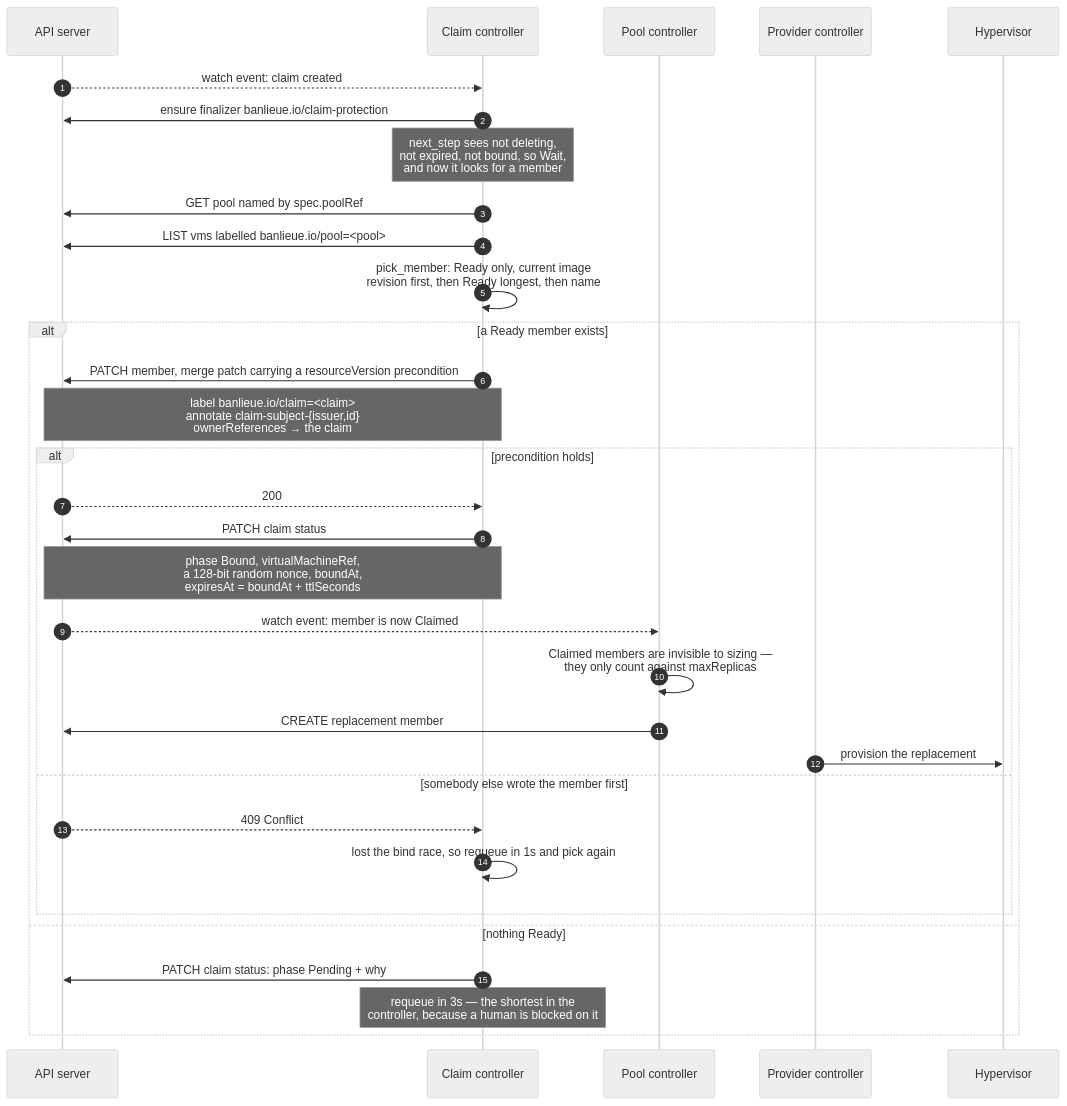
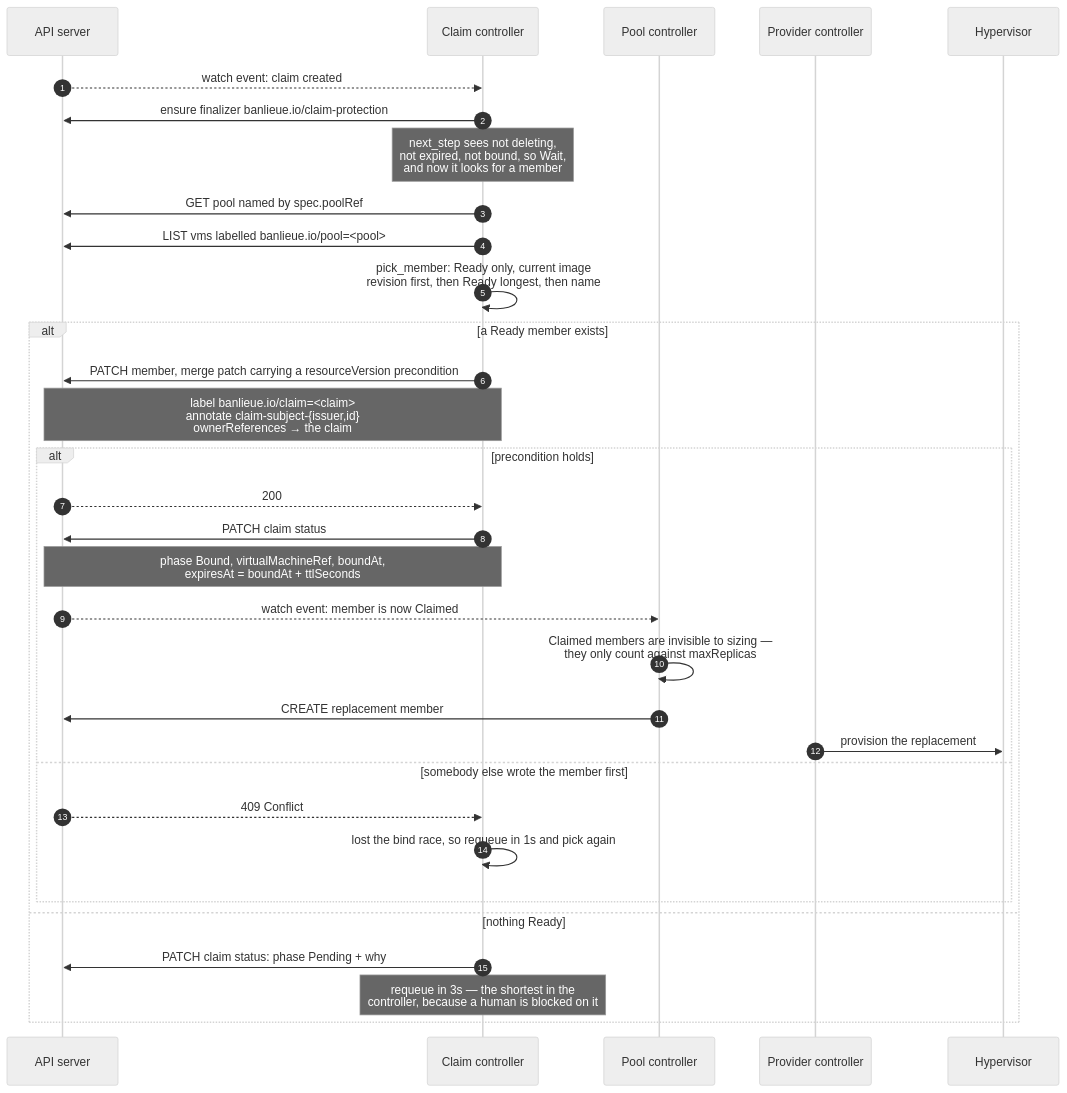
One commit to firestoned/banlieue changed the fifth of 11 diagrams in docs/src/concepts/virtualmachine-claim-flow.md. Above: the diagram before and after it, drawn with Mermaid (neutral theme). The commit also changed other lines of this file and 20 other files, not shown here.

````diff
--- a/docs/src/concepts/virtualmachine-claim-flow.md
+++ b/docs/src/concepts/virtualmachine-claim-flow.md
@@ -226,39 +226,39 @@
 ```mermaid
 sequenceDiagram
     autonumber
     participant API as API server
     participant CC as Claim controller
     participant PC as Pool controller
     participant PROV as Provider controller
     participant HV as Hypervisor
 
     API-->>CC: watch event: claim created
     CC->>API: ensure finalizer banlieue.io/claim-protection
 
     Note over CC: next_step sees not deleting,<br/>not expired, not bound, so Wait,<br/>and now it looks for a member
 
     CC->>API: GET pool named by spec.poolRef
     CC->>API: LIST vms labelled banlieue.io/pool=<pool>
     CC->>CC: pick_member: Ready only, current image<br/>revision first, then Ready longest, then name
 
     alt a Ready member exists
         CC->>API: PATCH member, merge patch carrying a resourceVersion precondition
         Note over CC,API: label banlieue.io/claim=<claim><br/>annotate claim-subject-{issuer,id}<br/>ownerReferences → the claim
 
         alt precondition holds
             API-->>CC: 200
             CC->>API: PATCH claim status
-            Note over CC,API: phase Bound, virtualMachineRef,<br/>a 128-bit random nonce, boundAt,<br/>expiresAt = boundAt + ttlSeconds
+            Note over CC,API: phase Bound, virtualMachineRef, boundAt,<br/>expiresAt = boundAt + ttlSeconds
             API-->>PC: watch event: member is now Claimed
             PC->>PC: Claimed members are invisible to sizing —<br/>they only count against maxReplicas
             PC->>API: CREATE replacement member
             PROV->>HV: provision the replacement
         else somebody else wrote the member first
             API-->>CC: 409 Conflict
             CC->>CC: lost the bind race, so requeue in 1s and pick again
         end
     else nothing Ready
         CC->>API: PATCH claim status: phase Pending + why
         Note over CC: requeue in 3s — the shortest in the<br/>controller, because a human is blocked on it
     end
 ```
````
